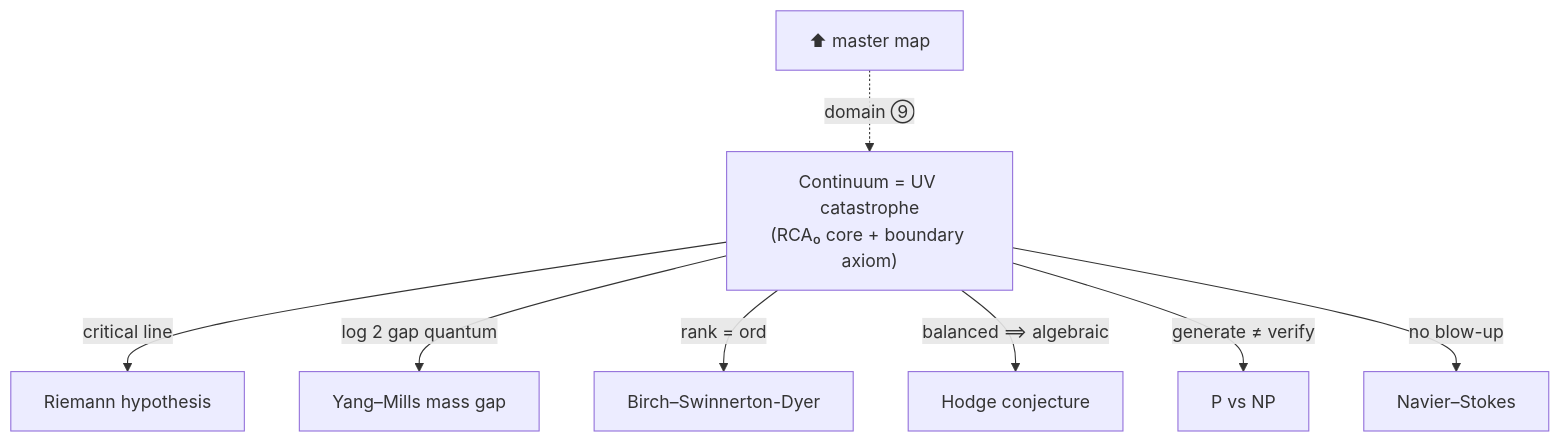
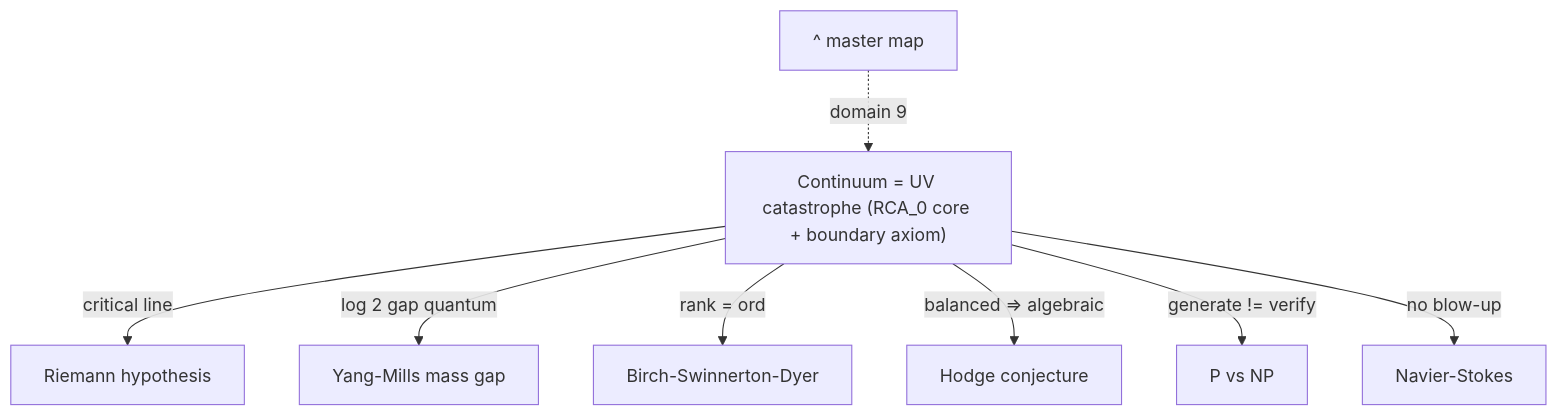
The tenth of 11 diagrams in FlowChart.md (jimscarver/quantum-logical-framework), drawn with Mermaid before and after one commit. The commit also changed other lines of this file, not shown here.

First line of the commit message:
FlowChart.md: flatten <br/> and all unicode to ASCII in Mermaid blocks (render robustness)

````diff
--- a/FlowChart.md
+++ b/FlowChart.md
@@ -191,10 +191,10 @@
 ```mermaid
 flowchart TD
-  H9["⬆ master map"] -.->|"domain ⑨"| CC["Continuum = UV catastrophe<br/>(RCA₀ core + boundary axiom)"]
+  H9["^ master map"] -.->|"domain 9"| CC["Continuum = UV catastrophe (RCA_0 core + boundary axiom)"]
   CC -->|"critical line"| RH["Riemann hypothesis"]
-  CC -->|"log 2 gap quantum"| YM["Yang–Mills mass gap"]
-  CC -->|"rank = ord"| BS["Birch–Swinnerton-Dyer"]
-  CC -->|"balanced ⟹ algebraic"| HOD["Hodge conjecture"]
-  CC -->|"generate ≠ verify"| PN["P vs NP"]
-  CC -->|"no blow-up"| NV["Navier–Stokes"]
+  CC -->|"log 2 gap quantum"| YM["Yang-Mills mass gap"]
+  CC -->|"rank = ord"| BS["Birch-Swinnerton-Dyer"]
+  CC -->|"balanced => algebraic"| HOD["Hodge conjecture"]
+  CC -->|"generate != verify"| PN["P vs NP"]
+  CC -->|"no blow-up"| NV["Navier-Stokes"]
 ```
````
